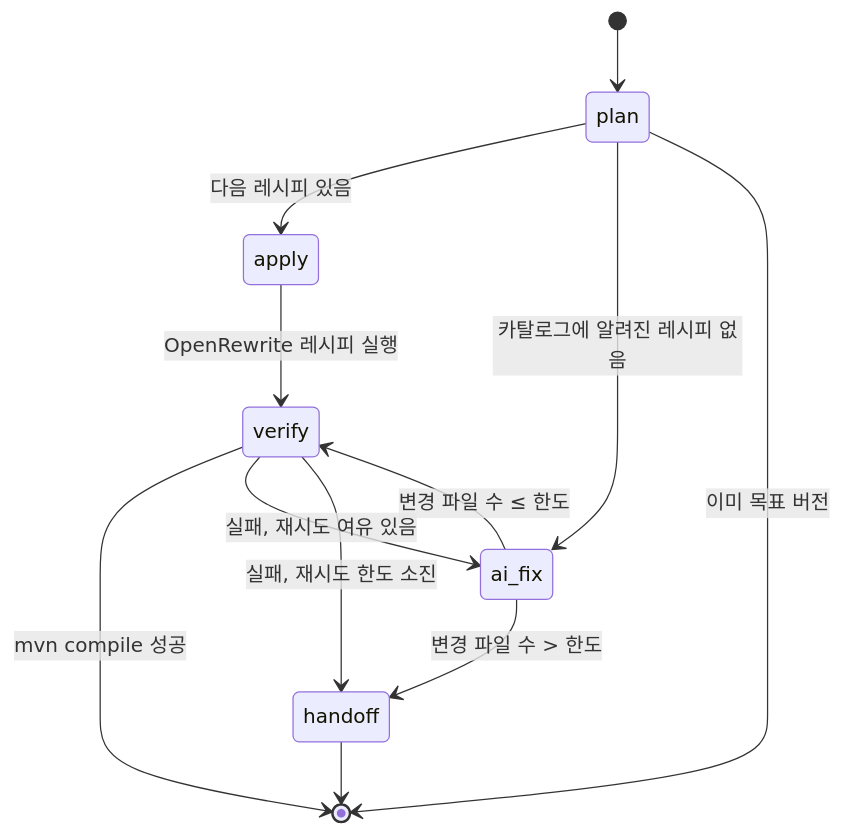
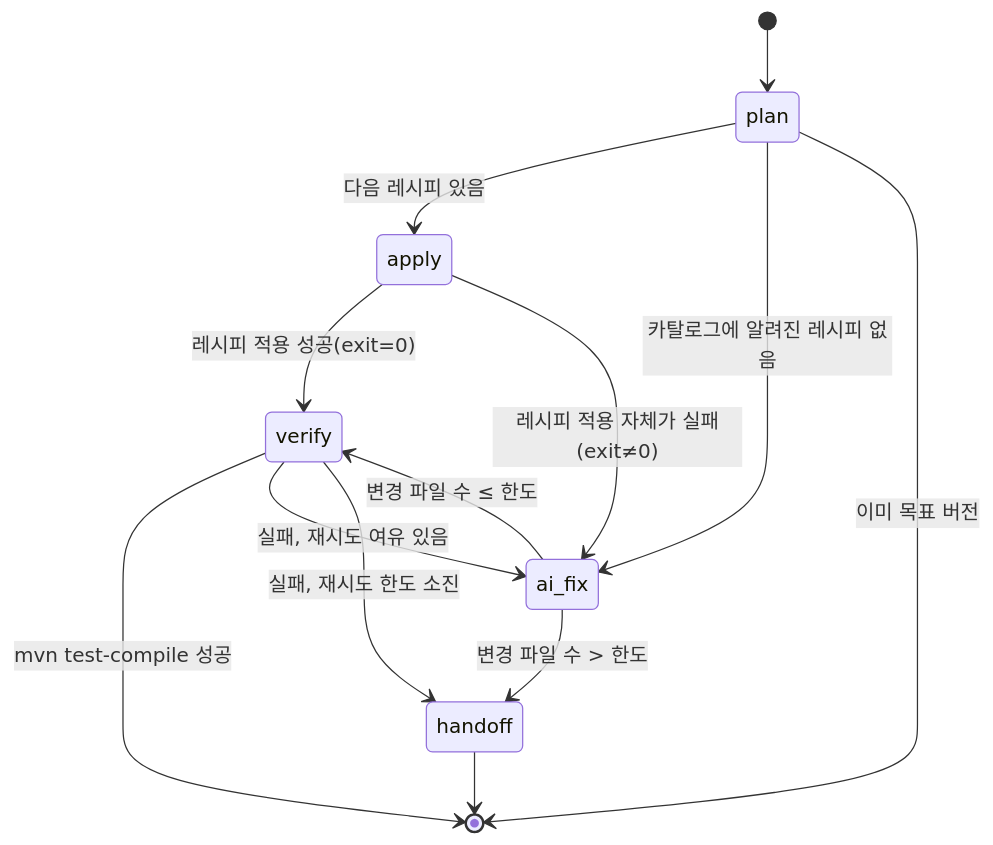
The third of 6 diagrams in docs/architecture.md (jinfromkorea/poc-5th-started-brainstorming), drawn with Mermaid before and after one commit. The commit also changed other lines of this file and 8 other files, not shown here.

First line of the commit message:
Stage 1 apply/verify 정합성 강화 구현

````diff
--- a/docs/architecture.md
+++ b/docs/architecture.md
@@ -164,14 +164,15 @@
 ```mermaid
 stateDiagram-v2
     [*] --> plan
     plan --> apply: 다음 레시피 있음
     plan --> ai_fix: 카탈로그에 알려진 레시피 없음
     plan --> [*]: 이미 목표 버전
-    apply --> verify: OpenRewrite 레시피 실행
-    verify --> [*]: mvn compile 성공
+    apply --> verify: 레시피 적용 성공(exit=0)
+    apply --> ai_fix: 레시피 적용 자체가 실패(exit≠0)
+    verify --> [*]: mvn test-compile 성공
     verify --> ai_fix: 실패, 재시도 여유 있음
     verify --> handoff: 실패, 재시도 한도 소진
     ai_fix --> verify: 변경 파일 수 ≤ 한도
     ai_fix --> handoff: 변경 파일 수 > 한도
     handoff --> [*]
 ```
````
